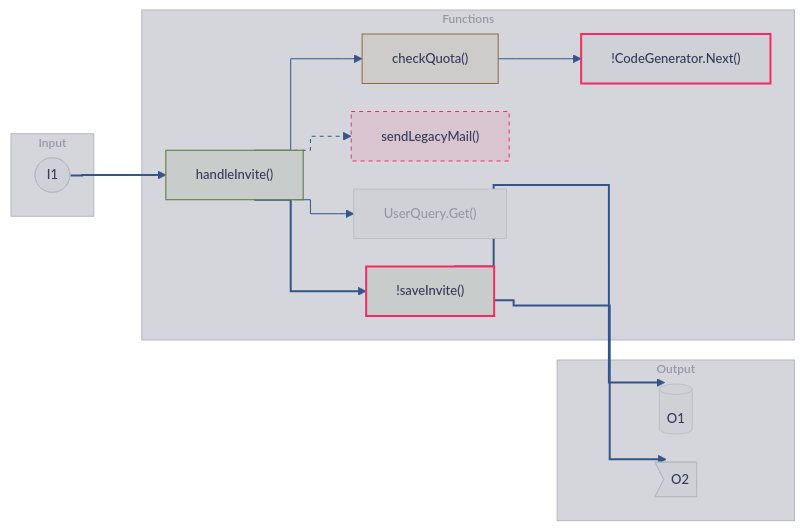
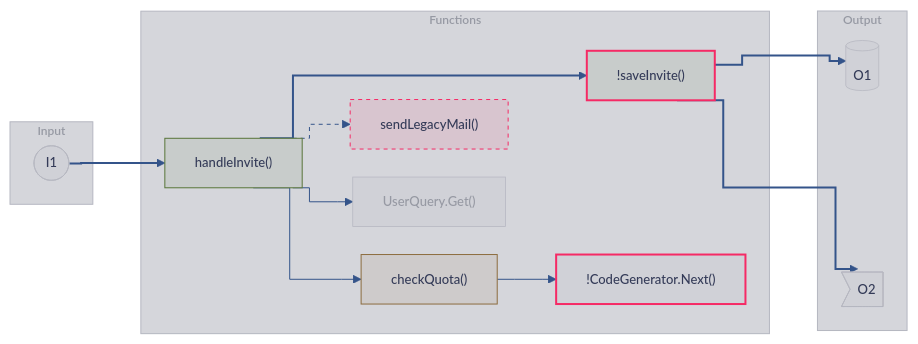
One commit to gagoar/pr-brief changed the sixth of 17 diagrams in docs/samples/craft-themes.md. Above: the diagram before and after it, drawn with Mermaid. The commit also changed other lines of this file, not shown here.

````diff
--- a/docs/samples/craft-themes.md
+++ b/docs/samples/craft-themes.md
@@ -246,39 +258,41 @@
 ```mermaid
 %%{init: {"theme":"base","flowchart":{"curve":"step","nodeSpacing":28,"rankSpacing":48,"diagramPadding":40},"themeVariables":{"darkMode":false,"background":"#d5d6db","fontFamily":"Inter, Helvetica, Arial","fontSize":"13px","dropShadow":"none","primaryColor":"#d0d1d7","primaryTextColor":"#343b58","primaryBorderColor":"#b5b7c1","nodeTextColor":"#343b58","textColor":"#343b58","mainBkg":"#d0d1d7","nodeBorder":"#b5b7c1","lineColor":"#34548a","clusterBkg":"#d5d6db","clusterBorder":"#b5b7c1","titleColor":"#9699a3","edgeLabelBackground":"#d5d6db"}}}%%
 graph LR
   subgraph IN["Input"]
     I1(["I1"])
   end
   subgraph FN["Functions"]
     F1["handleInvite()"]:::added
     F2["checkQuota()"]:::modified
     F3["sendLegacyMail()"]:::removed
     F4["UserQuery.Get()"]:::context
     F5["!CodeGenerator.Next()"]:::risk
     F6["!saveInvite()"]:::riskadded
   end
   subgraph OUT["Output"]
     O1[("O1")]
     O2>"O2"]
   end
   I1 ==> F1
   F1 --> F2
   F1 --> F4
   F2 --> F5
   F1 ==> F6
   F1 -.-> F3
   F6 ==> O1
   F6 ==> O2
+  F5 ~~~ O1
+  F5 ~~~ O2
   classDef default fill:#d0d1d7,stroke:#b5b7c1,stroke-width:0.75px,color:#343b58,font-weight:500
   classDef added fill:#c8cccb,stroke:#587539,stroke-width:1px,color:#343b58,font-weight:500
   classDef modified fill:#cecbcb,stroke:#8c6c3e,stroke-width:1px,color:#343b58,font-weight:500
   classDef removed fill:#d8c5cf,stroke:#f52a65,stroke-width:1px,stroke-dasharray:4 4,color:#343b58,font-weight:500
   classDef context fill:#d0d1d7,stroke:#b5b7c1,stroke-width:0.75px,color:#9699a3,font-weight:500
   classDef risk fill:#d0d1d7,stroke:#f52a65,stroke-width:2px,color:#343b58,font-weight:500
   classDef riskadded fill:#c8cccb,stroke:#f52a65,stroke-width:2px,color:#343b58,font-weight:500
   classDef zone fill:#d5d6db,stroke:#b5b7c1,stroke-width:1px,color:#9699a3,font-weight:600,font-size:12px
   class IN,FN,OUT zone
-  linkStyle default stroke:#34548a,stroke-width:1px
+  linkStyle 1,2,3 stroke:#34548a,stroke-width:1px
   linkStyle 0,4,6,7 stroke:#34548a,stroke-width:2px
   linkStyle 5 stroke:#34548a,stroke-width:1px,stroke-dasharray:4 4
 ```
````
